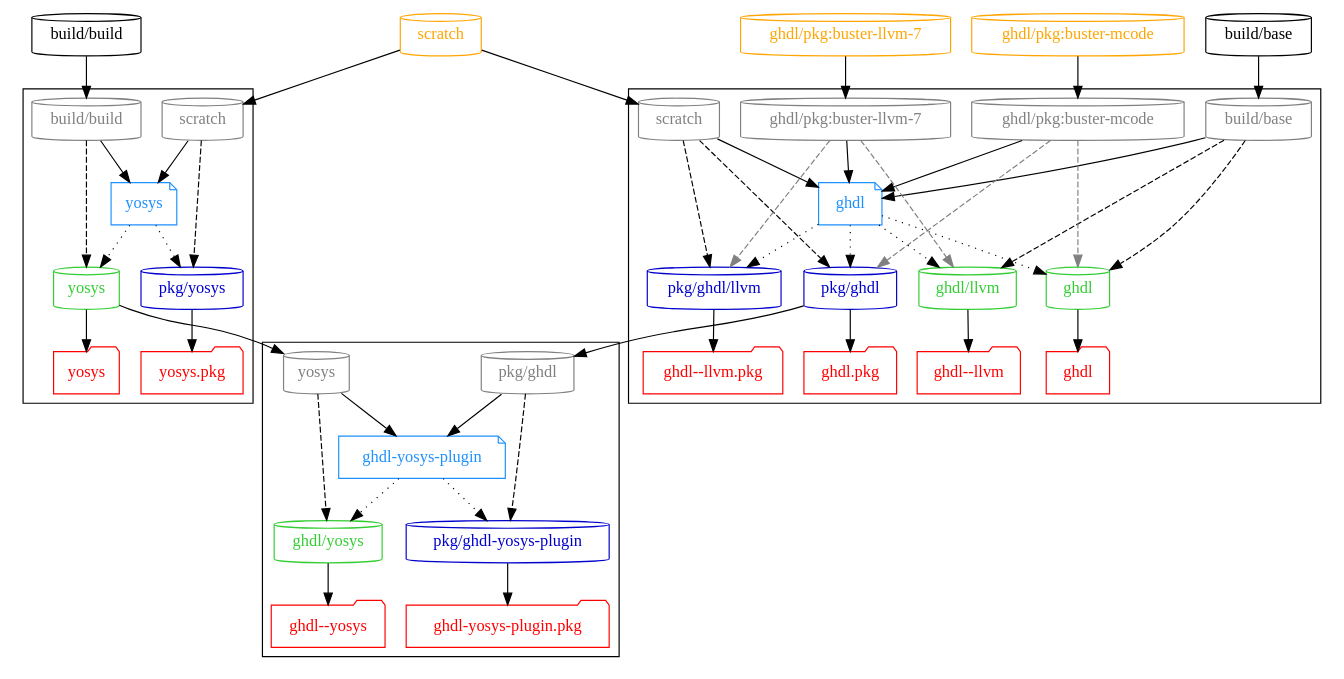
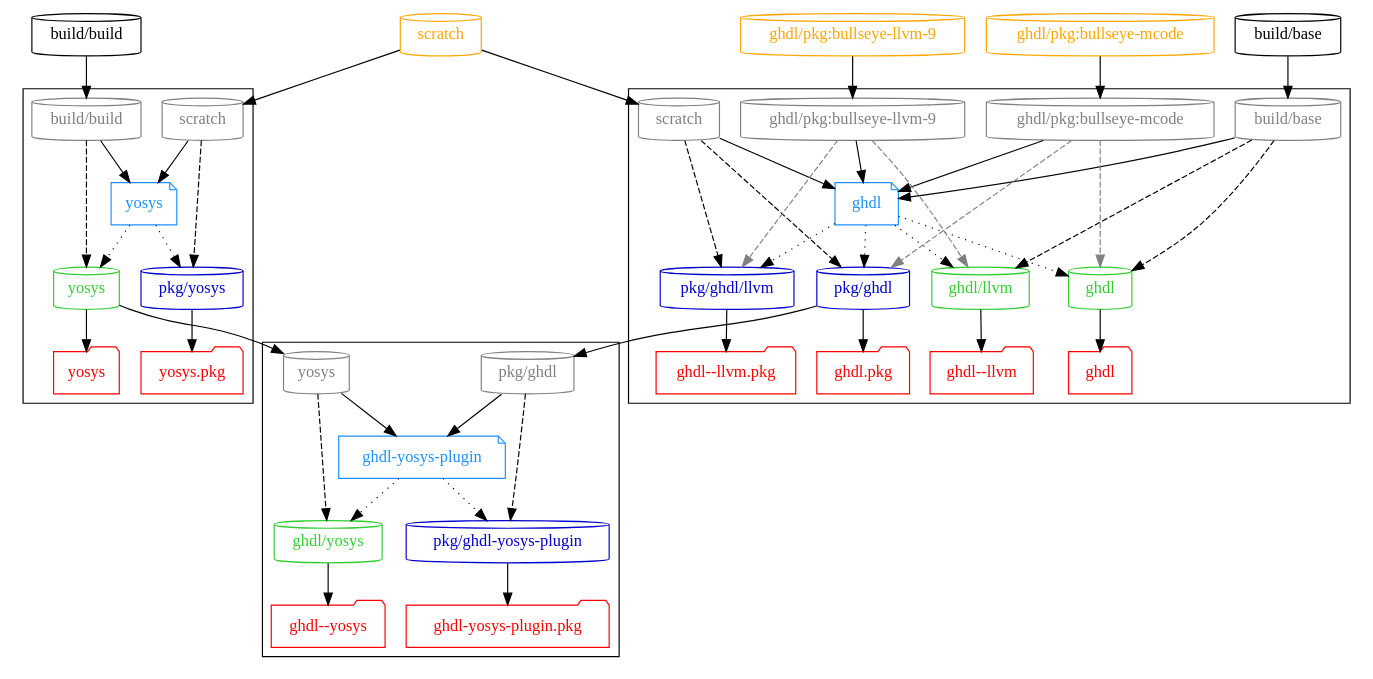
The diagram in graph/synth.dot (hdl/containers), drawn with Graphviz before and after one commit. The commit also changed 12 other files, not shown here.

Commit message:
make Debian Bullseye the default collection, instead of Debian Buster

```diff
--- a/graph/synth.dot
+++ b/graph/synth.dot
@@ -1,186 +1,186 @@
 # Authors:
 #   Unai Martinez-Corral
 #
 # Copyright 2019-2021 Unai Martinez-Corral <unai.martinezcorral@ehu.eus>
 #
 # Licensed under the Apache License, Version 2.0 (the "License");
 # you may not use this file except in compliance with the License.
 # You may obtain a copy of the License at
 #
 #     http://www.apache.org/licenses/LICENSE-2.0
 #
 # Unless required by applicable law or agreed to in writing, software
 # distributed under the License is distributed on an "AS IS" BASIS,
 # WITHOUT WARRANTIES OR CONDITIONS OF ANY KIND, either express or implied.
 # See the License for the specific language governing permissions and
 # limitations under the License.
 #
 # SPDX-License-Identifier: Apache-2.0
 
 digraph G {
 
   #splines=polyline; #curved
   newrank=true;
 
   # Dockerfiles
 
   { node [shape=note, color=dodgerblue, fontcolor=dodgerblue]
     d_ghdl             [label="ghdl"];
     d_ghdlYosysPlugin  [label="ghdl-yosys-plugin"];
     d_yosys            [label="yosys"];
   }
 
   # Images
 
   { node [shape=cylinder]
     "build/base"
     "build/build"
     { node [color=limegreen, fontcolor=limegreen]
       "ghdl"
       "ghdl/llvm"
       "ghdl/yosys"
       "yosys"
     }
     { node [color=mediumblue, fontcolor=mediumblue]
       "pkg/ghdl"
       "pkg/ghdl/llvm"
       "pkg/ghdl-yosys-plugin"
       "pkg/yosys"
     }
   }
 
   # External images
 
   { node [shape=cylinder, color=orange, fontcolor=orange]
     "scratch"
-    "ghdl/pkg:buster-mcode"
-    "ghdl/pkg:buster-llvm-7";
+    "ghdl/pkg:bullseye-mcode"
+    "ghdl/pkg:bullseye-llvm-9";
   }
 
   { rank=same
     "build/base"
     "build/build"
     "scratch"
-    "ghdl/pkg:buster-mcode"
-    "ghdl/pkg:buster-llvm-7"
+    "ghdl/pkg:bullseye-mcode"
+    "ghdl/pkg:bullseye-llvm-9"
   }
 
   # Workflows
 
   subgraph cluster_ghdl {
     { rank=same
       node [shape=cylinder, color=grey, fontcolor=grey]
       "p_ghdl_build/base" [label="build/base"]
       "p_ghdl_scratch" [label="scratch"]
-      "p_ghdl_buster" [label="ghdl/pkg:buster-mcode"]
-      "p_ghdl_buster-llvm" [label="ghdl/pkg:buster-llvm-7"]
+      "p_ghdl_bullseye" [label="ghdl/pkg:bullseye-mcode"]
+      "p_ghdl_bullseye-llvm" [label="ghdl/pkg:bullseye-llvm-9"]
     }
 
     d_ghdl -> { rank=same
       "ghdl",
       "ghdl/llvm",
       "pkg/ghdl",
       "pkg/ghdl/llvm"
     } [style=dotted];
 
     { rank=same
       node [shape=folder, color=red, fontcolor=red];
       "t_ghdl" [label="ghdl"];
       "t_ghdl/llvm" [label="ghdl--llvm"];
       "t_pkg/ghdl" [label="ghdl.pkg"];
       "t_pkg/ghdl/llvm" [label="ghdl--llvm.pkg"];
     }
 
     "ghdl" -> "t_ghdl";
     "ghdl/llvm" -> "t_ghdl/llvm";
     "pkg/ghdl" -> "t_pkg/ghdl";
     "pkg/ghdl/llvm" -> "t_pkg/ghdl/llvm";
   }
 
   subgraph cluster_ghdlYosysPlugin {
     { rank=same
       node [shape=cylinder, color=grey, fontcolor=grey]
       "p_ghdl-yosys-plugin_yosys" [label="yosys"]
       "p_ghdl-yosys-plugin_pkg/ghdl" [label="pkg/ghdl"]
     }
 
     d_ghdlYosysPlugin -> { rank=same
       "pkg/ghdl-yosys-plugin",
       "ghdl/yosys"
     } [style=dotted];
 
     { rank=same
       node [shape=folder, color=red, fontcolor=red];
       "t_pkg/ghdl-yosys-plugin" [label="ghdl-yosys-plugin.pkg"];
       "t_ghdl/yosys" [label="ghdl--yosys"];
     }
 
     "pkg/ghdl-yosys-plugin" -> "t_pkg/ghdl-yosys-plugin";
     "ghdl/yosys" -> "t_ghdl/yosys";
   }
 
   subgraph cluster_yosys {
     { rank=same
       node [shape=cylinder, color=grey, fontcolor=grey]
       "p_yosys_build/build" [label="build/build"]
       "p_yosys_scratch" [label="scratch"]
     }
 
     d_yosys -> { rank=same
       "pkg/yosys",
       "yosys"
     } [style=dotted];
 
     { rank=same
       node [shape=folder, color=red, fontcolor=red];
       "t_yosys" [label="yosys"];
       "t_pkg/yosys" [label="yosys.pkg"];
     }
 
     "yosys" -> "t_yosys";
     "pkg/yosys" -> "t_pkg/yosys";
   }
 
   { rank=same
     d_ghdl
     d_yosys
   }
 
   # Dockerfile dependencies
 
   "scratch" -> "p_ghdl_scratch" -> d_ghdl;
-  "ghdl/pkg:buster-mcode" -> "p_ghdl_buster" -> d_ghdl;
-  "ghdl/pkg:buster-llvm-7" -> "p_ghdl_buster-llvm" -> d_ghdl;
+  "ghdl/pkg:bullseye-mcode" -> "p_ghdl_bullseye" -> d_ghdl;
+  "ghdl/pkg:bullseye-llvm-9" -> "p_ghdl_bullseye-llvm" -> d_ghdl;
   "build/base" -> "p_ghdl_build/base" -> d_ghdl;
 
   "pkg/ghdl" -> "p_ghdl-yosys-plugin_pkg/ghdl" -> d_ghdlYosysPlugin;
   "yosys" -> "p_ghdl-yosys-plugin_yosys" -> d_ghdlYosysPlugin;
 
   "build/build" -> "p_yosys_build/build" -> d_yosys;
   "scratch" -> "p_yosys_scratch" -> d_yosys;
 
   # Image dependencies
 
   { edge [style=dashed]
     "p_ghdl_scratch" -> { "pkg/ghdl", "pkg/ghdl/llvm" };
     "p_ghdl_build/base" -> { "ghdl", "ghdl/llvm" };
 
     "p_yosys_scratch" -> "pkg/yosys";
     "p_yosys_build/build" -> "yosys";
 
     "p_ghdl-yosys-plugin_yosys" -> "ghdl/yosys";
     "p_ghdl-yosys-plugin_pkg/ghdl" -> "pkg/ghdl-yosys-plugin";
   }
 
   { edge [style=dashed, color=grey]
-    "p_ghdl_buster" -> {
+    "p_ghdl_bullseye" -> {
       "ghdl",
       "pkg/ghdl"
     };
-    "p_ghdl_buster-llvm" -> {
+    "p_ghdl_bullseye-llvm" -> {
       "ghdl/llvm",
       "pkg/ghdl/llvm"
     };
   }
 
 }
```
